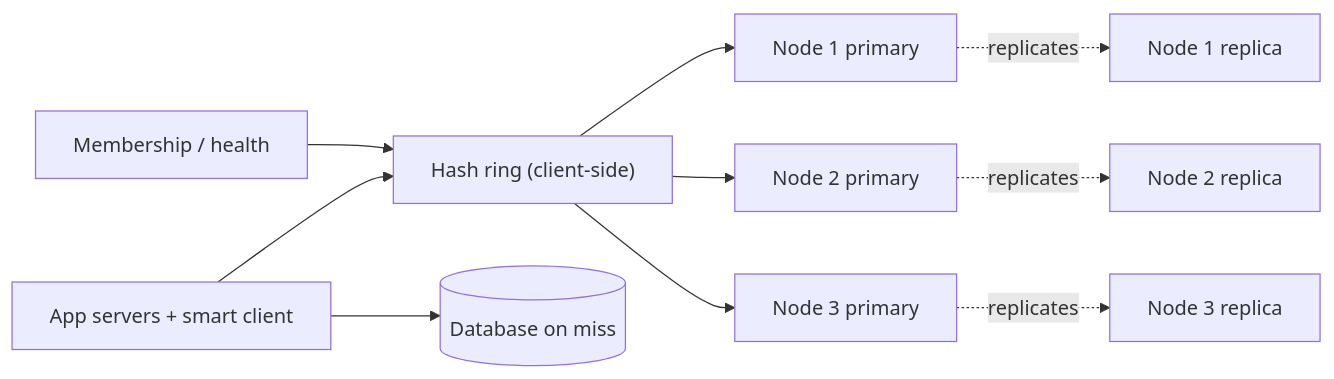
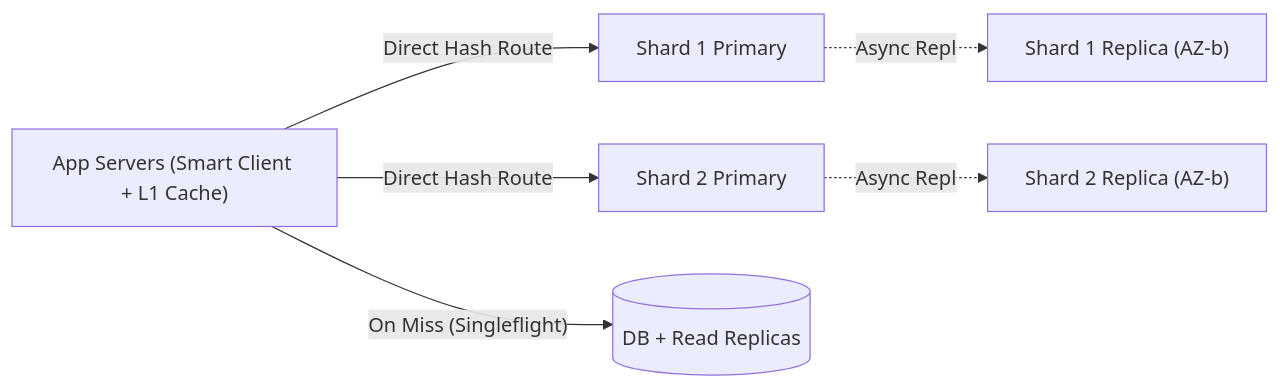
The second of 5 diagrams in content/system-design/22-interview-design-problems/27-distributed-cache/README.md (TapanKumarBarik/Backend-roadmap), drawn with Mermaid before and after one commit. The commit also changed other lines of this file and 37 other files, not shown here.

Commit message:
Upgrade Track 22 (37 interview design problems) with scale-by-scale architecture evolution

````diff
--- a/content/system-design/22-interview-design-problems/27-distributed-cache/README.md
+++ b/content/system-design/22-interview-design-problems/27-distributed-cache/README.md
@@ -107,12 +163,8 @@
 ```mermaid
 flowchart LR
-  A["App servers + smart client"] --> R["Hash ring (client-side)"]
-  R --> N1["Node 1 primary"]
-  R --> N2["Node 2 primary"]
-  R --> N3["Node 3 primary"]
-  N1 -.replicates.-> N1R["Node 1 replica"]
-  N2 -.replicates.-> N2R["Node 2 replica"]
-  N3 -.replicates.-> N3R["Node 3 replica"]
-  M["Membership / health"] --> R
-  A --> DB[("Database on miss")]
+  APP["App Servers (Smart Client + L1 Cache)"] -- "Direct Hash Route" --> P1["Shard 1 Primary"]
+  APP -- "Direct Hash Route" --> P2["Shard 2 Primary"]
+  P1 -. "Async Repl" .-> R1["Shard 1 Replica (AZ-b)"]
+  P2 -. "Async Repl" .-> R2["Shard 2 Replica (AZ-b)"]
+  APP -- "On Miss (Singleflight)" --> DB[("DB + Read Replicas")]
 ```
````
